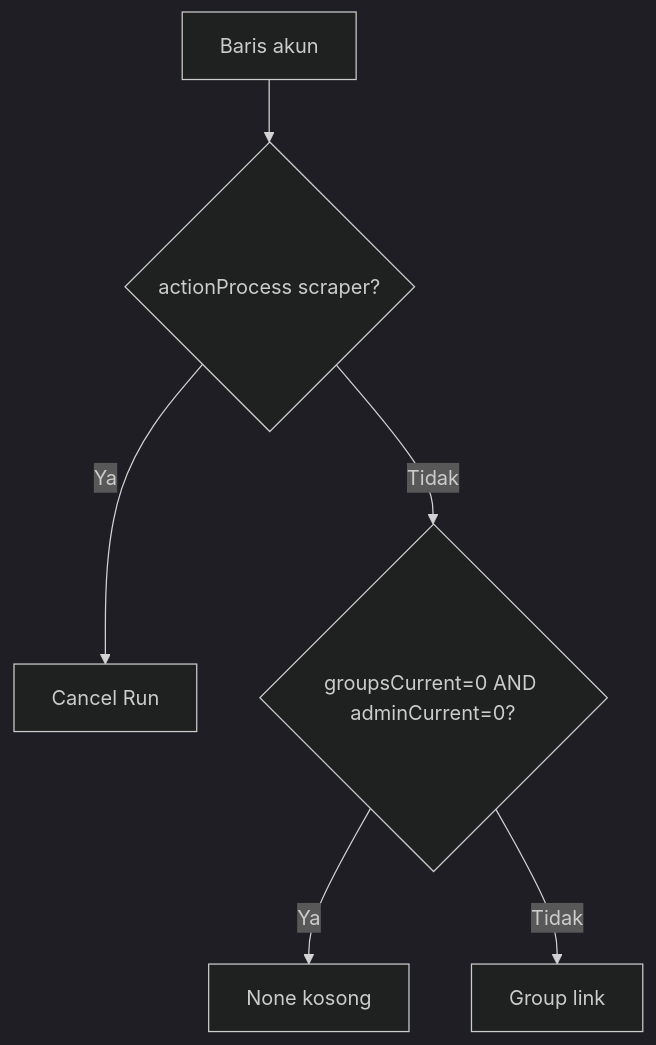
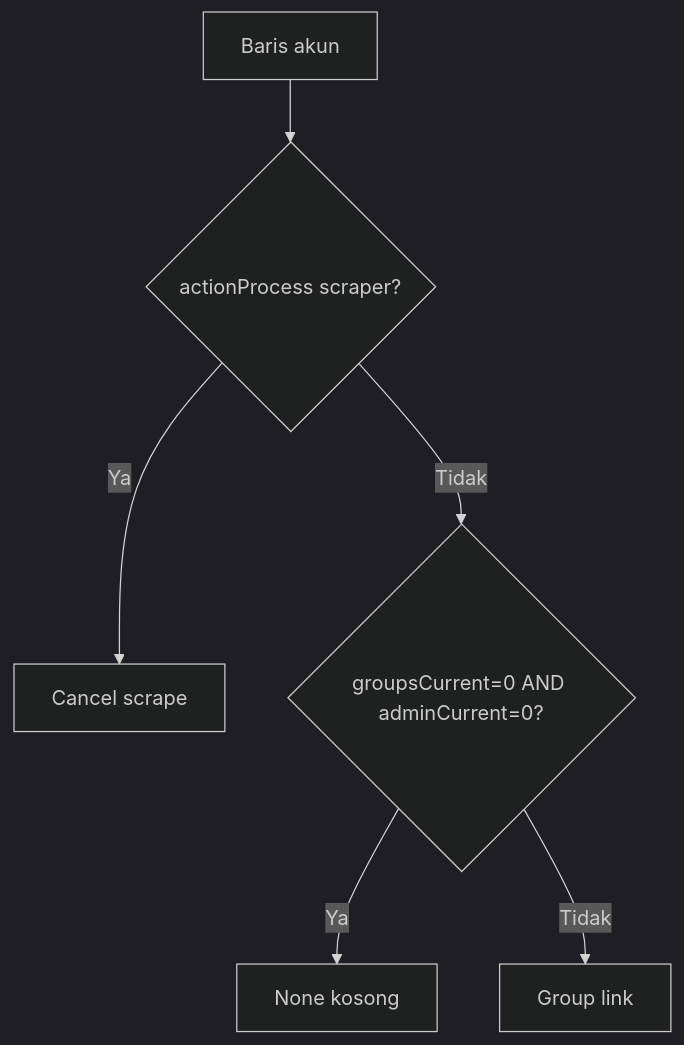
Before and after one commit to SevaIrawan/bo_resource_management: the second of 2 diagrams in docs/PROJECT-MASTER-REFERENCE.md, drawn with Mermaid (dark theme). The commit also changed other lines of this file and 78 other files, not shown here.

````diff
--- a/docs/PROJECT-MASTER-REFERENCE.md
+++ b/docs/PROJECT-MASTER-REFERENCE.md
@@ -835,8 +834,8 @@
 ```mermaid
 flowchart TD
   A[Baris akun] --> Q1{actionProcess scraper?}
-  Q1 -->|Ya| CR[Cancel Run]
+  Q1 -->|Ya| CR[Cancel scrape]
   Q1 -->|Tidak| Q2{groupsCurrent=0 AND adminCurrent=0?}
   Q2 -->|Ya| N[None kosong]
   Q2 -->|Tidak| GL[Group link]
 ```
````
